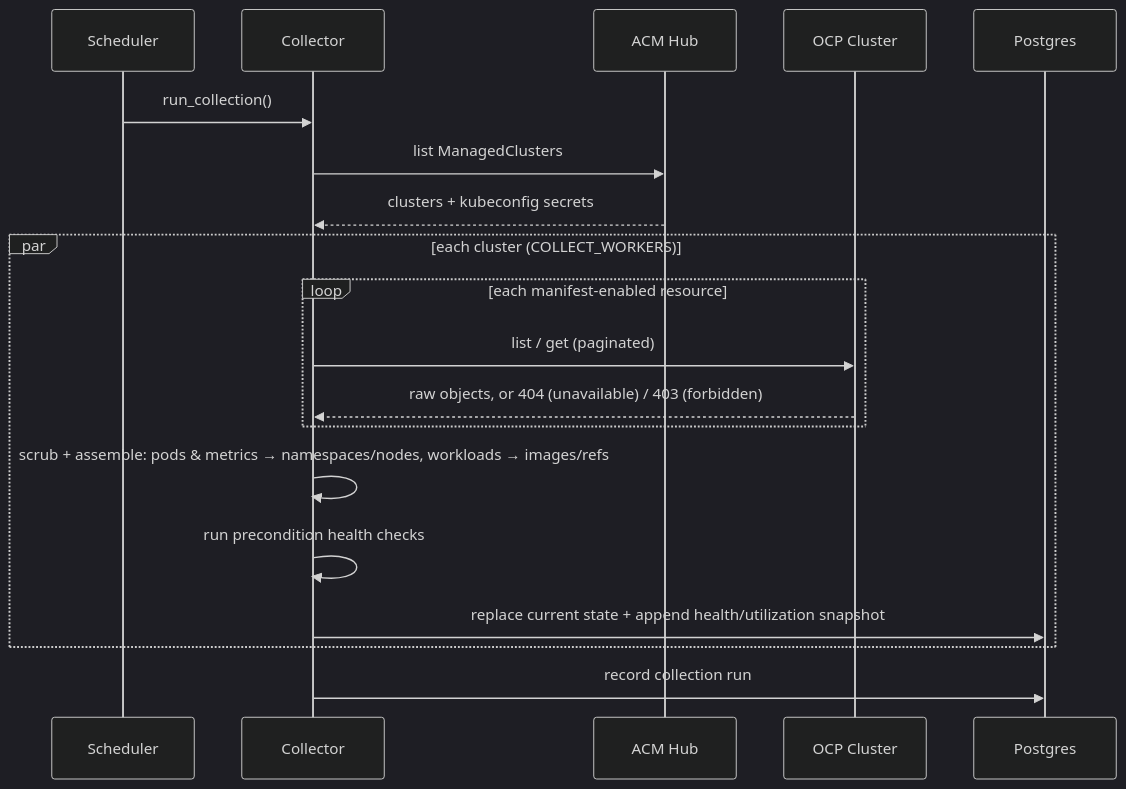
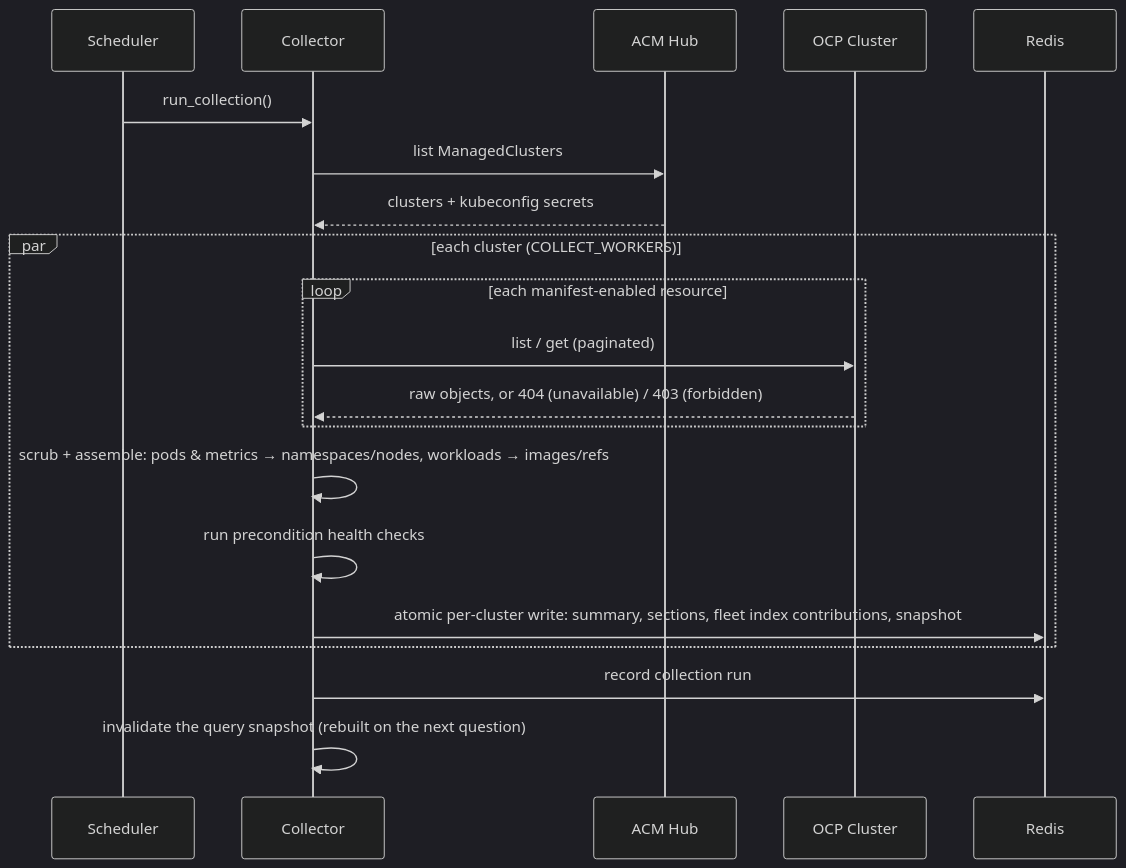
The second of 6 diagrams in docs/architecture.md (aasthapit/Operations-Data-Layer), drawn with Mermaid (dark theme) before and after one commit. The commit also changed other lines of this file and 61 other files, not shown here.

````diff
--- a/docs/architecture.md
+++ b/docs/architecture.md
@@ -60,21 +69,22 @@
 ```mermaid
 sequenceDiagram
   participant S as Scheduler
   participant C as Collector
   participant H as ACM Hub
   participant K as OCP Cluster
-  participant DB as Postgres
+  participant R as Redis
   S->>C: run_collection()
   C->>H: list ManagedClusters
   H-->>C: clusters + kubeconfig secrets
   par each cluster (COLLECT_WORKERS)
     loop each manifest-enabled resource
       C->>K: list / get (paginated)
       K-->>C: raw objects, or 404 (unavailable) / 403 (forbidden)
     end
     C->>C: scrub + assemble: pods & metrics → namespaces/nodes, workloads → images/refs
     C->>C: run precondition health checks
-    C->>DB: replace current state + append health/utilization snapshot
+    C->>R: atomic per-cluster write: summary, sections, fleet index contributions, snapshot
   end
-  C->>DB: record collection run
+  C->>R: record collection run
+  C->>C: invalidate the query snapshot (rebuilt on the next question)
 ```
````
